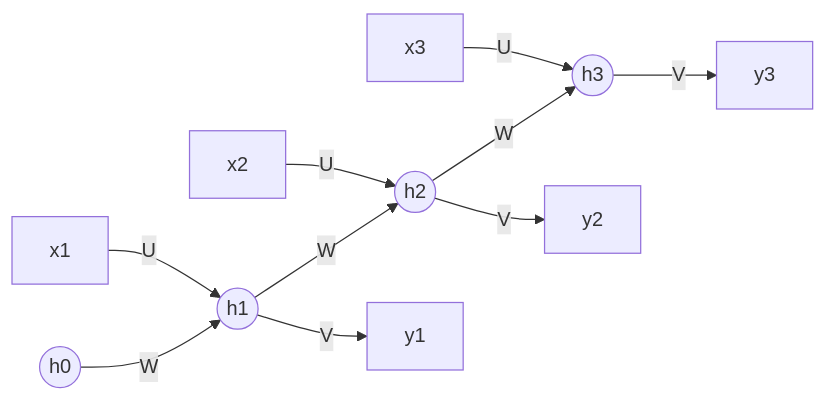
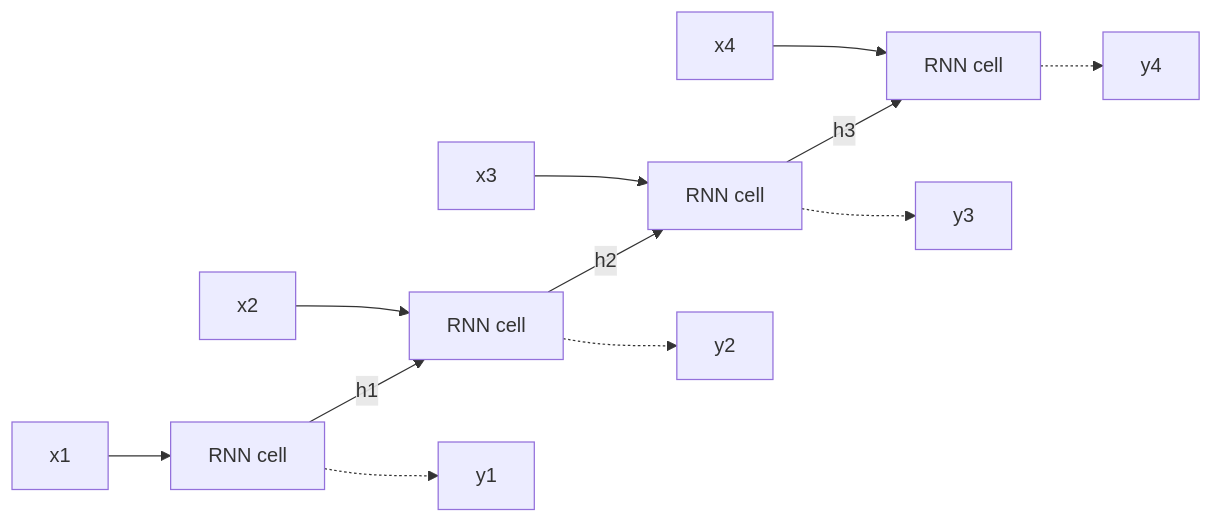
Before and after one commit to TrendySloth1001/sem-seven-notes: the diagram in content/deep-learning/pyq/2023-12/q4a.hi.mdx, drawn with Mermaid. The commit also changed other lines of this file and 186 other files, not shown here.

````diff
--- a/content/deep-learning/pyq/2023-12/q4a.hi.mdx
+++ b/content/deep-learning/pyq/2023-12/q4a.hi.mdx
@@ -32,13 +13,15 @@
 ```mermaid
-%% caption: Teen steps pe unfold kiya hua RNN. Har copy same U, W aur V use karti hai; W wale arrows memory ko aage le jaate hain.
+%% caption: Time mein unfolded RNN ka architecture. Har cell current input aur previous hidden state leta hai, aur new hidden state aur output deta hai.
 flowchart LR
-  H0(("h0")) -- "W" --> H1(("h1"))
-  H1 -- "W" --> H2(("h2"))
-  H2 -- "W" --> H3(("h3"))
-  X1["x1"] -- "U" --> H1
-  X2["x2"] -- "U" --> H2
-  X3["x3"] -- "U" --> H3
-  H1 -- "V" --> Y1["y1"]
-  H2 -- "V" --> Y2["y2"]
-  H3 -- "V" --> Y3["y3"]
+  X1["x1"] --> C1["RNN cell"]
+  C1 -->|"h1"| C2["RNN cell"]
+  X2["x2"] --> C2
+  C2 -->|"h2"| C3["RNN cell"]
+  X3["x3"] --> C3
+  C3 -->|"h3"| C4["RNN cell"]
+  X4["x4"] --> C4
+  C1 -.-> Y1["y1"]
+  C2 -.-> Y2["y2"]
+  C3 -.-> Y3["y3"]
+  C4 -.-> Y4["y4"]
 ```
````
